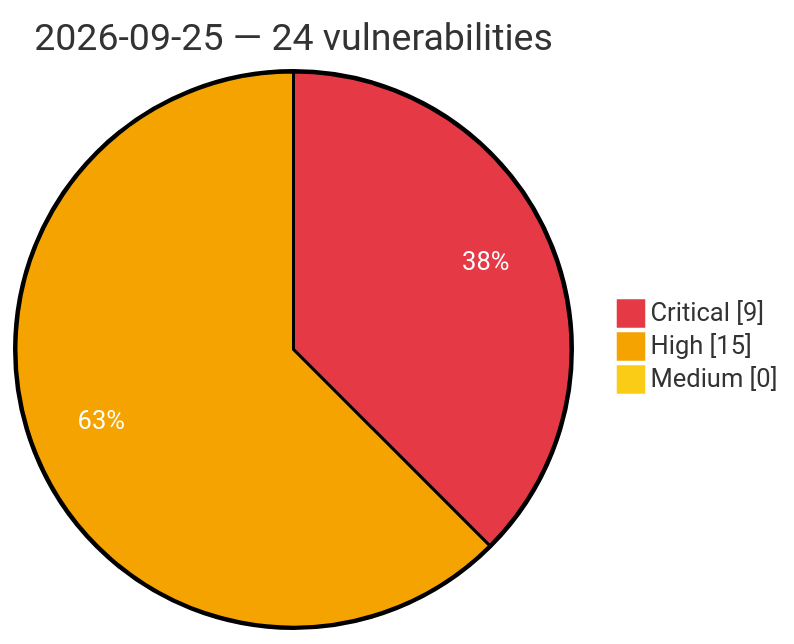
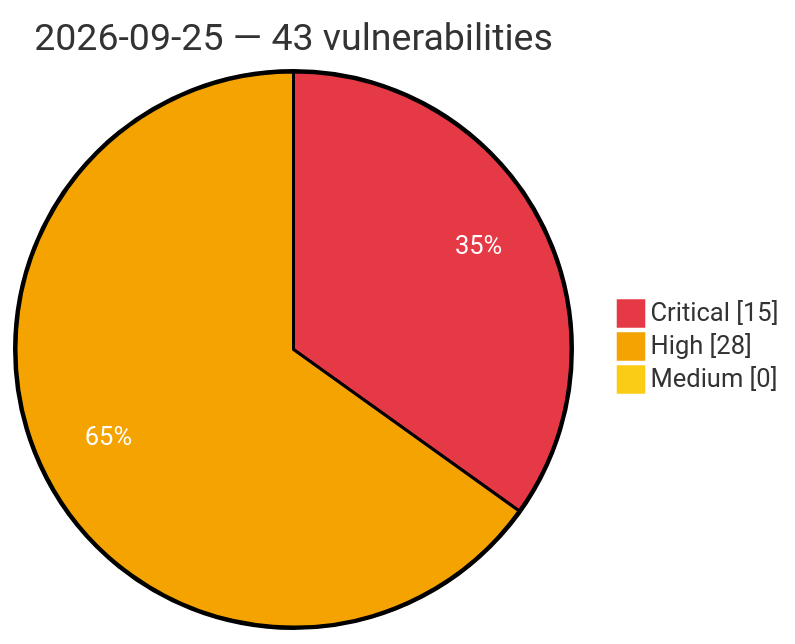
The diagram in vulnerabilities/2026/September/2026-09-25.md (GhostX0X/vuln-tracker), drawn with Mermaid before and after one commit. The commit also changed other lines of this file and 5 other files, not shown here.

Commit message:
Auto update: critical/high vulns (2026-09-25 19:49 UTC)

````diff
--- a/vulnerabilities/2026/September/2026-09-25.md
+++ b/vulnerabilities/2026/September/2026-09-25.md
@@ -3,8 +3,8 @@
 ```mermaid
 %%{init: {'theme':'base', 'themeVariables': {'pie1':'#e63946', 'pie2':'#f4a300', 'pie3':'#facc15', 'pieOpacity':'1', 'pieOuterStrokeWidth':'2px', 'pieSectionTextColor':'#ffffff'}}}%%
 pie showData
-    title 2026-09-25 — 24 vulnerabilities
-    "Critical" : 9
-    "High" : 15
+    title 2026-09-25 — 43 vulnerabilities
+    "Critical" : 15
+    "High" : 28
     "Medium" : 0
 ```
````
